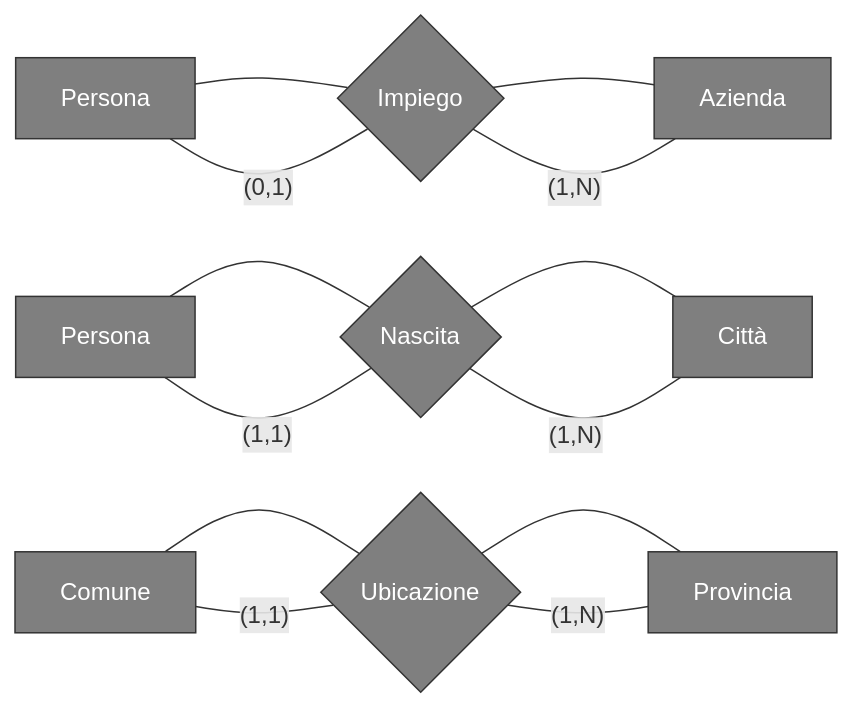
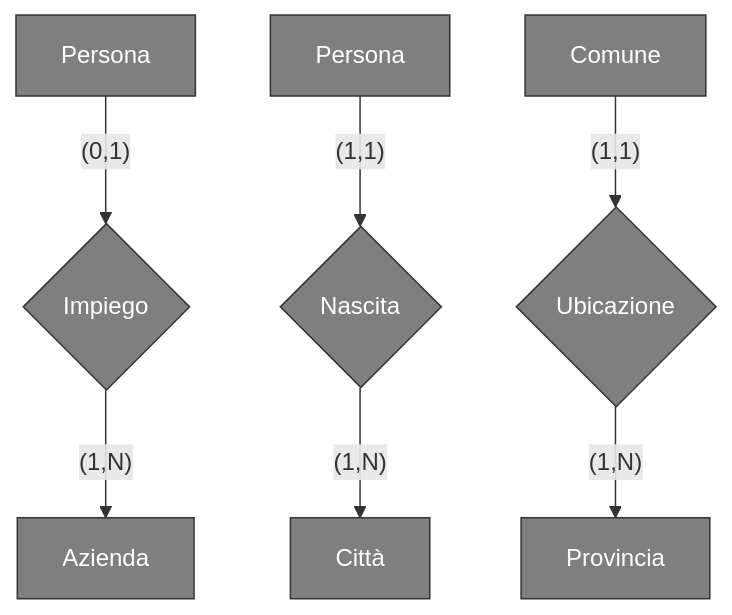
Before and after one commit to Mbarabba/Appunti-Obsidian-Uni: diagram 11 of 12 in Secondo Anno/Secondo Semestre/BD - Basi di Dati/Appunti/Modello Concettuale ER/Relazioni.md, drawn with Mermaid. The commit also changed other lines of this file, not shown here.

````diff
--- a/Secondo Anno/Secondo Semestre/BD - Basi di Dati/Appunti/Modello Concettuale ER/Relazioni.md
+++ b/Secondo Anno/Secondo Semestre/BD - Basi di Dati/Appunti/Modello Concettuale ER/Relazioni.md
@@ -249,31 +249,25 @@
 ```mermaid
-graph LR
+graph TD
     %% Scenario 1: Impiego
-    P1[Persona] --- I1{Impiego}
-    I1 --- A1[Azienda]
-    P1 ---|"(0,1)"| I1
-    I1 ---|"(1,N)"| A1
+    P1[Persona] -- "(0,1)" --> I1{Impiego}
+    I1 -- "(1,N)" --> A1[Azienda]
 
     %% Scenario 2: Nascita
-    P2[Persona] --- N2{Nascita}
-    N2 --- C2[Città]
-    P2 ---|"(1,1)"| N2
-    N2 ---|"(1,N)"| C2
+    P2[Persona] -- "(1,1)" --> N2{Nascita}
+    N2 -- "(1,N)" --> C2[Città]
 
     %% Scenario 3: Ubicazione
-    Com3[Comune] --- U3{Ubicazione}
-    U3 --- Pro3[Provincia]
-    Com3 ---|"(1,1)"| U3
-    U3 ---|"(1,N)"| Pro3
+    Com3[Comune] -- "(1,1)" --> U3{Ubicazione}
+    U3 -- "(1,N)" --> Pro3[Provincia]
 
-    %% Stili per coerenza con i tuoi appunti
+    %% Stili
     style P1 fill:#7f7f7f,stroke:#333,color:#fff
     style A1 fill:#7f7f7f,stroke:#333,color:#fff
     style I1 fill:#7f7f7f,stroke:#333,color:#fff
     style P2 fill:#7f7f7f,stroke:#333,color:#fff
     style C2 fill:#7f7f7f,stroke:#333,color:#fff
     style N2 fill:#7f7f7f,stroke:#333,color:#fff
     style Com3 fill:#7f7f7f,stroke:#333,color:#fff
     style Pro3 fill:#7f7f7f,stroke:#333,color:#fff
     style U3 fill:#7f7f7f,stroke:#333,color:#fff
 ```
````
